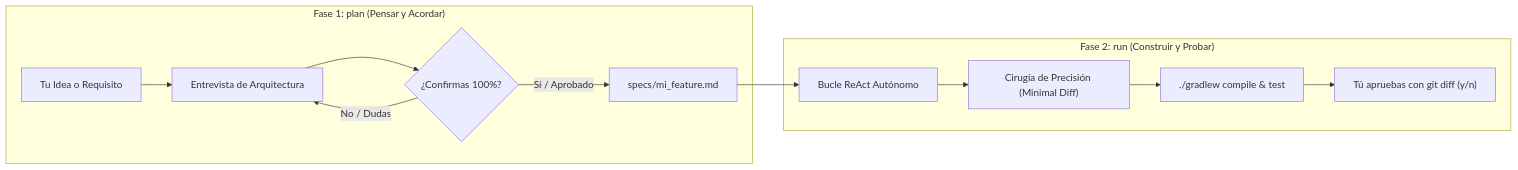
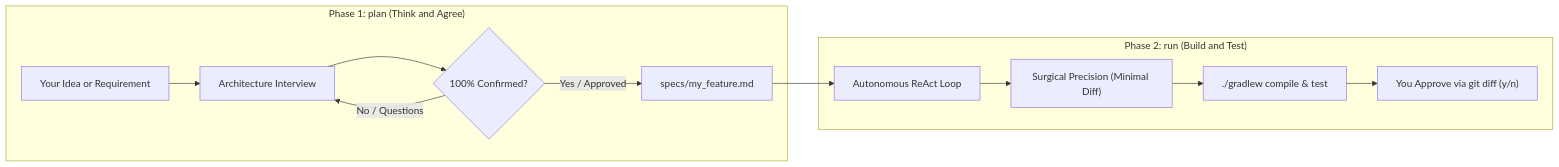
Before and after one commit to DEVSusana/HomeTutorPro: the diagram in agents_dev/README.md, drawn with Mermaid. The commit also changed other lines of this file and 47 other files, not shown here.

````diff
--- a/agents_dev/README.md
+++ b/agents_dev/README.md
@@ -14,16 +14,16 @@
 ```mermaid
 graph LR
-    subgraph Fase1 ["Fase 1: plan (Pensar y Acordar)"]
-        Idea["Tu Idea o Requisito"] --> Interview["Entrevista de Arquitectura"]
-        Interview --> Gate{"¿Confirmas 100%?"}
-        Gate -- No / Dudas --> Interview
-        Gate -- Sí / Aprobado --> SpecFile["specs/mi_feature.md"]
+    subgraph Phase1 ["Phase 1: plan (Think and Agree)"]
+        Idea["Your Idea or Requirement"] --> Interview["Architecture Interview"]
+        Interview --> Gate{"100% Confirmed?"}
+        Gate -- No / Questions --> Interview
+        Gate -- Yes / Approved --> SpecFile["specs/my_feature.md"]
     end
 
-    subgraph Fase2 ["Fase 2: run (Construir y Probar)"]
-        SpecFile --> Loop["Bucle ReAct Autónomo"]
-        Loop --> Surgery["Cirugía de Precisión (Minimal Diff)"]
+    subgraph Phase2 ["Phase 2: run (Build and Test)"]
+        SpecFile --> Loop["Autonomous ReAct Loop"]
+        Loop --> Surgery["Surgical Precision (Minimal Diff)"]
         Surgery --> Gradle["./gradlew compile & test"]
-        Gradle --> FinalCheck["Tú apruebas con git diff (y/n)"]
+        Gradle --> FinalCheck["You Approve via git diff (y/n)"]
     end
 ```
````
